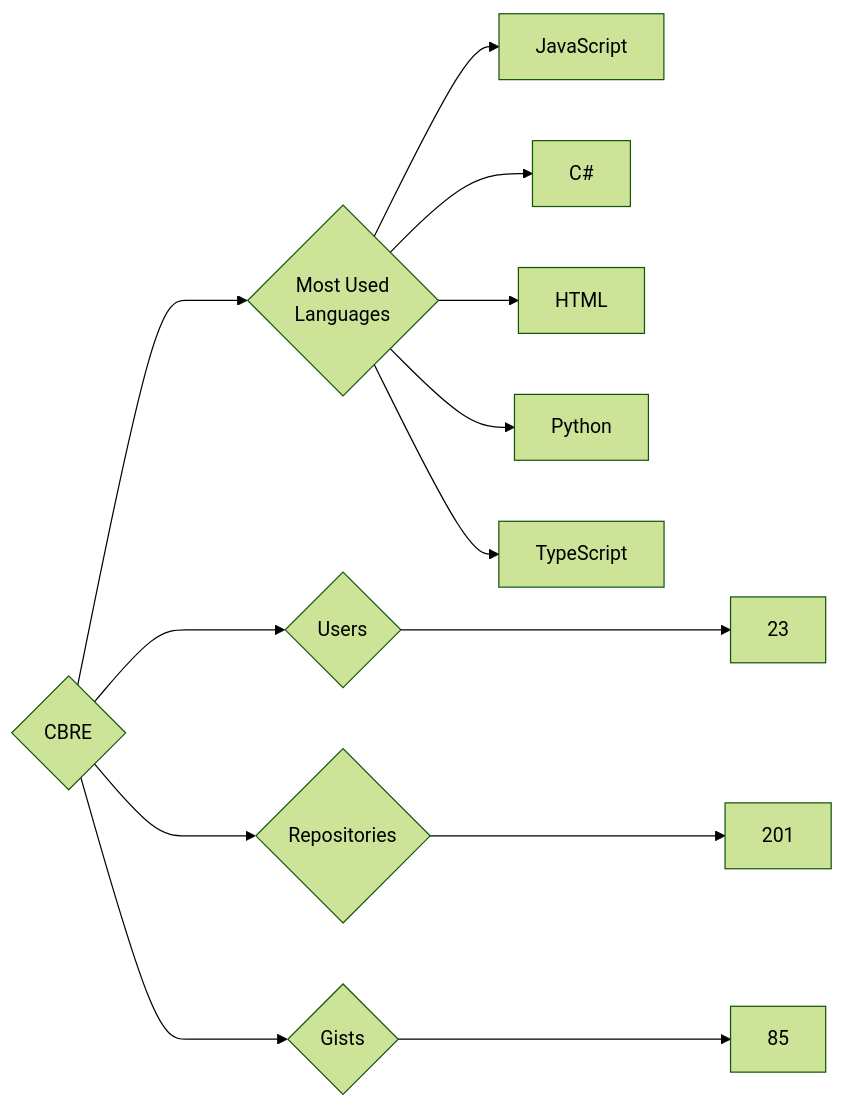
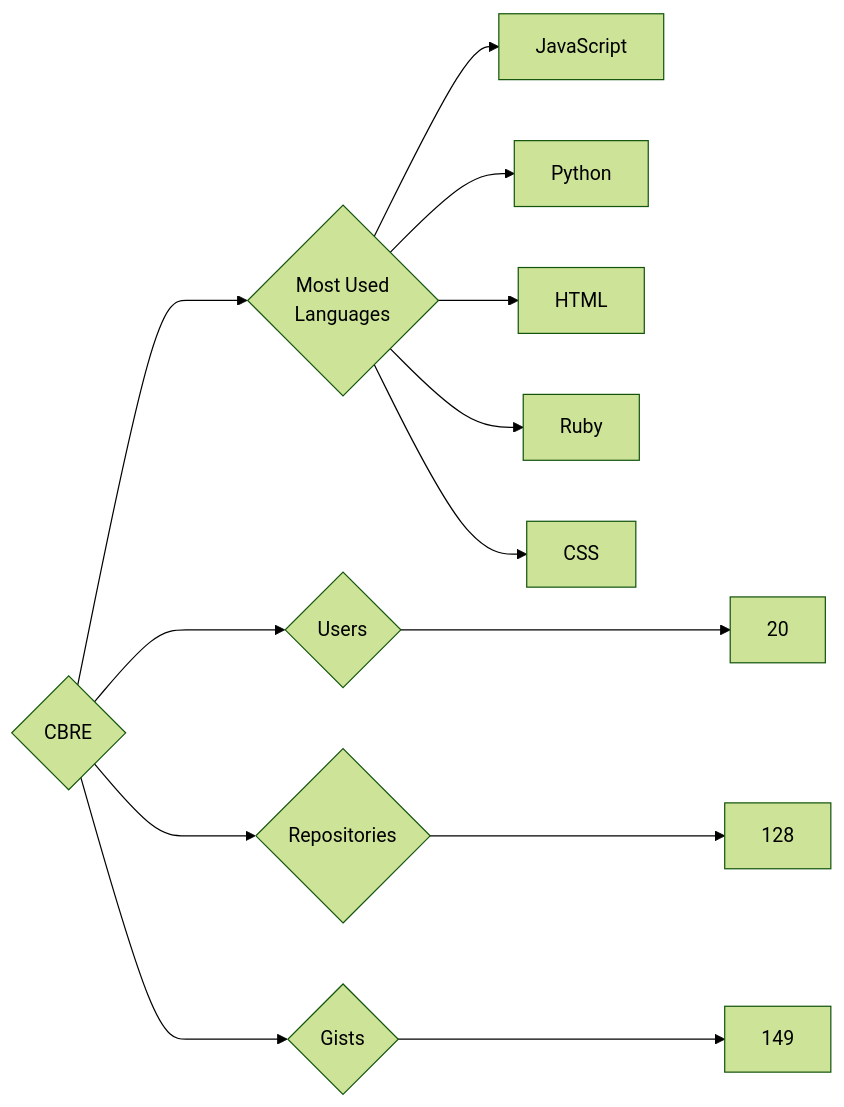
One commit to trickest/insiders changed the diagram in targets/CBRE/README.md. Above: the diagram before and after it, drawn with Mermaid (forest theme). The commit also changed 888 other files, not shown here.

````diff
--- a/targets/CBRE/README.md
+++ b/targets/CBRE/README.md
@@ -3,13 +3,13 @@
 ```mermaid
 graph LR
 COMPANY_NAME{CBRE}
-COMPANY_NAME ---> U{Users} ---> UN[23]
-COMPANY_NAME ---> R{Repositories} ---> RN[201]
-COMPANY_NAME ---> G{Gists} ---> GN[85]
+COMPANY_NAME ---> U{Users} ---> UN[20]
+COMPANY_NAME ---> R{Repositories} ---> RN[128]
+COMPANY_NAME ---> G{Gists} ---> GN[149]
 COMPANY_NAME ---> ML{Most Used<br>Languages}
 ML --> JavaScript[JavaScript]
-ML --> C#[C#]
+ML --> Python[Python]
 ML --> HTML[HTML]
-ML --> Python[Python]
-ML --> TypeScript[TypeScript]
+ML --> Ruby[Ruby]
+ML --> CSS[CSS]
 ```
````
